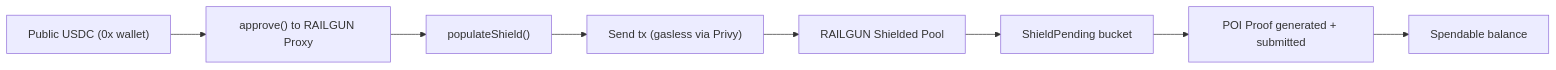
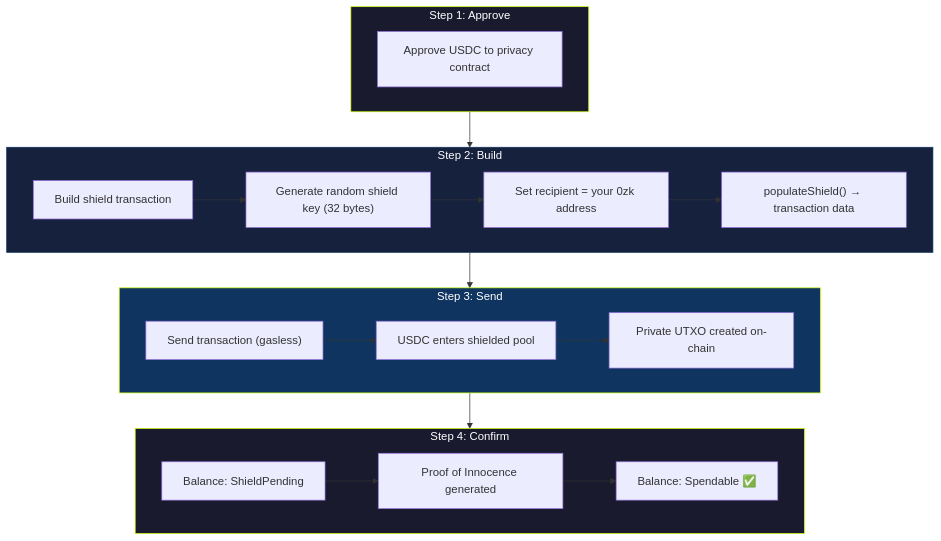
Before and after one commit to Monaris-co/monaris-docs: the second of 3 diagrams in privacy/shield-unshield.mdx, drawn with Mermaid. The commit also changed other lines of this file and 4 other files, not shown here.

First line of the commit message:
docs: improve privacy pages, add Private Payment Router vision, update nav

````diff
--- a/privacy/shield-unshield.mdx
+++ b/privacy/shield-unshield.mdx
@@ -75,10 +58,32 @@
 ```mermaid
-flowchart LR
-    PublicUSDC["Public USDC (0x wallet)"] --> Approve["approve() to RAILGUN Proxy"]
-    Approve --> BuildShield["populateShield()"]
-    BuildShield --> SendTx["Send tx (gasless via Privy)"]
-    SendTx --> Pool["RAILGUN Shielded Pool"]
-    Pool --> Pending["ShieldPending bucket"]
-    Pending --> POIProof["POI Proof generated + submitted"]
-    POIProof --> Spendable["Spendable balance"]
+flowchart TD
+    subgraph Step1["Step 1: Approve"]
+        Approve["Approve USDC to privacy contract"]
+    end
+
+    subgraph Step2["Step 2: Build"]
+        Build["Build shield transaction"]
+        Build --> GenKey["Generate random shield key (32 bytes)"]
+        GenKey --> Recipients["Set recipient = your 0zk address"]
+        Recipients --> Populate["populateShield() → transaction data"]
+    end
+
+    subgraph Step3["Step 3: Send"]
+        Send["Send transaction (gasless)"]
+        Send --> Pool["USDC enters shielded pool"]
+        Pool --> UTXO["Private UTXO created on-chain"]
+    end
+
+    subgraph Step4["Step 4: Confirm"]
+        Pending["Balance: ShieldPending"]
+        Pending --> ProofGen["Proof of Innocence generated"]
+        ProofGen --> Spendable["Balance: Spendable ✅"]
+    end
+
+    Step1 --> Step2 --> Step3 --> Step4
+
+    style Step1 fill:#1a1a2e,stroke:#CCFF04,color:#fff
+    style Step2 fill:#16213e,stroke:#0f3460,color:#fff
+    style Step3 fill:#0f3460,stroke:#CCFF04,color:#fff
+    style Step4 fill:#1a1a2e,stroke:#CCFF04,color:#fff
 ```
````
